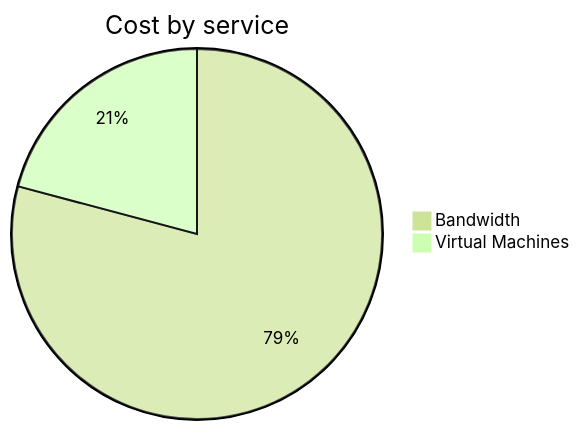
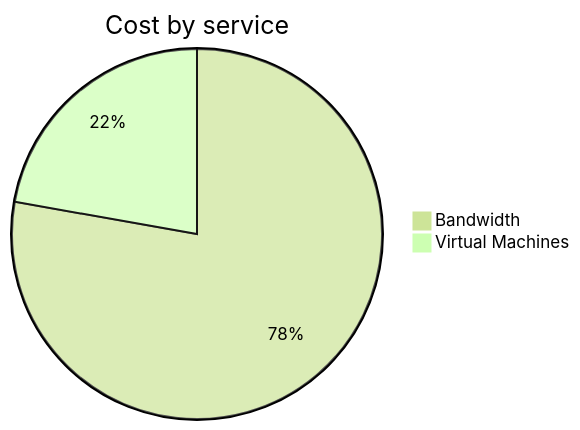
The second of 4 diagrams in cost-reports/personal-network/vpn-server.md (jpfulton/azure-personal-reports), drawn with Mermaid (forest theme) before and after one commit. The commit also changed other lines of this file and 8 other files, not shown here.

````diff
--- a/cost-reports/personal-network/vpn-server.md
+++ b/cost-reports/personal-network/vpn-server.md
@@ -92,6 +92,6 @@
 ```mermaid
 pie
    title Cost by service
    "Bandwidth" : 8.16
-   "Virtual Machines" : 2.15
+   "Virtual Machines" : 2.33
 ```
````
